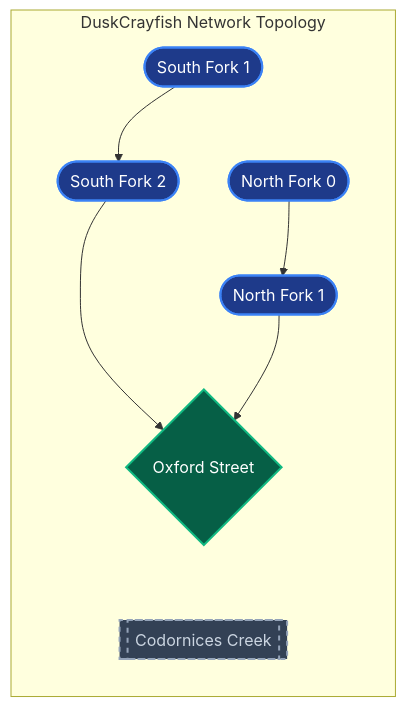
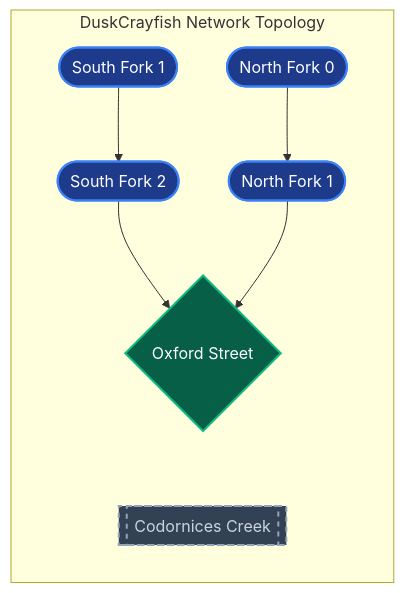
Before and after one commit to DChristensen12/CrayPulse: the second of 2 diagrams in README.md, drawn with Mermaid.

Commit message:
Changed formatting in readme.

````diff
--- a/README.md
+++ b/README.md
@@ -71,32 +71,28 @@
 ```mermaid
 graph LR
     %% Focused Horizontal Network Layout with No Legend
     subgraph ST_Backbone [DuskCrayfish&nbsp;Network&nbsp;Topology]
         %% Active South Fork Path
         SF1([South Fork 1]) --> SF2([South Fork 2])
         
         %% Active North Fork Path
         NF0([North Fork 0]) --> NF1([North Fork 1])
         
         %% Convergence Sink
         SF2 --> OX{Oxford Street}
         NF1 --> OX
         
-        %% Isolated Node kept inline horizontally
+        %% Isolated Node kept inline horizontally to the right of the sink
         CC[[Codornices Creek]]
-
-        %% FORCE HORIZONTAL ALIGNMENT (Invisible structure constraint)
-        SF1 ~~~ NF0
-        SF2 ~~~ NF1
         OX ~~~ CC
     end
 
     %% Color Palette Configurations
     classDef nodeStyle fill:#1e3a8a,stroke:#3b82f6,stroke-width:2px,color:#fff;
     classDef targetStyle fill:#065f46,stroke:#10b981,stroke-width:2px,color:#fff;
     classDef controlStyle fill:#334155,stroke:#94a3b8,stroke-width:2px,color:#cbd5e1,stroke-dasharray: 5 5;
     
     class SF1,SF2,NF0,NF1 nodeStyle;
     class OX targetStyle;
     class CC controlStyle;
 ```
````
